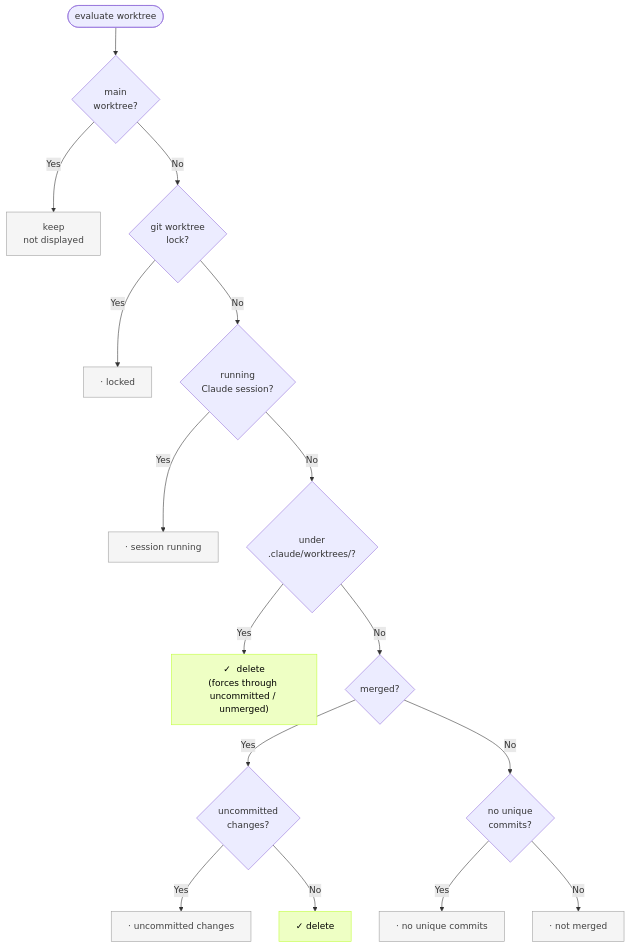
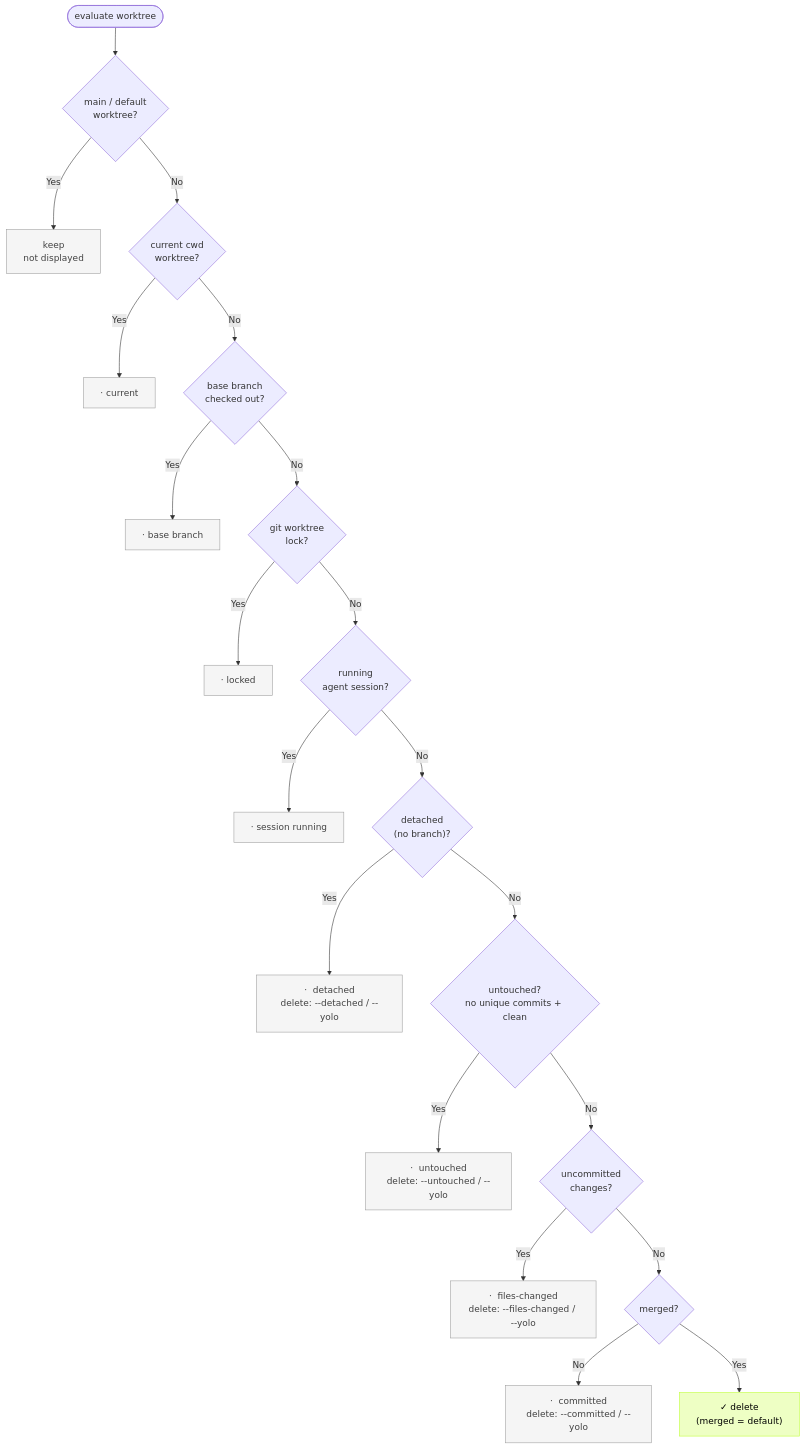
One commit to nozomiishii/git-harvest changed the diagram in README.md. Above: the diagram before and after it, drawn with Mermaid. The commit also changed other lines of this file and 37 other files, not shown here.

````diff
--- a/README.md
+++ b/README.md
@@ -157,22 +185,26 @@
 ```mermaid
 flowchart TD
-    Start([evaluate worktree]) --> Main{main<br/>worktree?}
+    Start([evaluate worktree]) --> Main{"main / default<br/>worktree?"}
     Main -->|Yes| KeepMain[keep<br/>not displayed]
-    Main -->|No| Locked{git worktree<br/>lock?}
+    Main -->|No| Current{"current cwd<br/>worktree?"}
+    Current -->|Yes| KeepCurrent["·  current"]
+    Current -->|No| Base{"base branch<br/>checked out?"}
+    Base -->|Yes| KeepBase["·  base branch"]
+    Base -->|No| Locked{"git worktree<br/>lock?"}
     Locked -->|Yes| KeepLocked["·  locked"]
-    Locked -->|No| Running{running<br/>Claude session?}
+    Locked -->|No| Running{"running<br/>agent session?"}
     Running -->|Yes| KeepRunning["·  session running"]
-    Running -->|No| ManagedPath{under<br/>.claude/worktrees/?}
-    ManagedPath -->|Yes| DeleteManaged["✓  delete<br/>(forces through uncommitted / unmerged)"]
-    ManagedPath -->|No| Merged{merged?}
-    Merged -->|Yes| Uncommitted{uncommitted<br/>changes?}
-    Uncommitted -->|Yes| KeepUncommitted["·  uncommitted changes"]
-    Uncommitted -->|No| DeleteMerged["✓  delete"]
-    Merged -->|No| NoUnique{no unique<br/>commits?}
-    NoUnique -->|Yes| KeepNoUnique["·  no unique commits"]
-    NoUnique -->|No| KeepNotMerged["·  not merged"]
+    Running -->|No| Detached{"detached<br/>(no branch)?"}
+    Detached -->|Yes| KeepDetached["·  detached<br/>delete: --detached / --yolo"]
+    Detached -->|No| Untouched{"untouched?<br/>no unique commits + clean"}
+    Untouched -->|Yes| KeepUntouched["·  untouched<br/>delete: --untouched / --yolo"]
+    Untouched -->|No| Files{"uncommitted<br/>changes?"}
+    Files -->|Yes| KeepFiles["·  files-changed<br/>delete: --files-changed / --yolo"]
+    Files -->|No| Merged{"merged?"}
+    Merged -->|No| KeepCommitted["·  committed<br/>delete: --committed / --yolo"]
+    Merged -->|Yes| DeleteMerged["✓  delete<br/>(merged = default)"]
     classDef keep fill:#f5f5f5,stroke:#9e9e9e,color:#424242
     classDef delete fill:#eeffc4,stroke:#C0FF39,color:#000
-    class KeepMain,KeepLocked,KeepRunning,KeepUncommitted,KeepNoUnique,KeepNotMerged keep
-    class DeleteManaged,DeleteMerged delete
+    class KeepMain,KeepCurrent,KeepBase,KeepLocked,KeepRunning,KeepDetached,KeepUntouched,KeepFiles,KeepCommitted keep
+    class DeleteMerged delete
 ```
````
